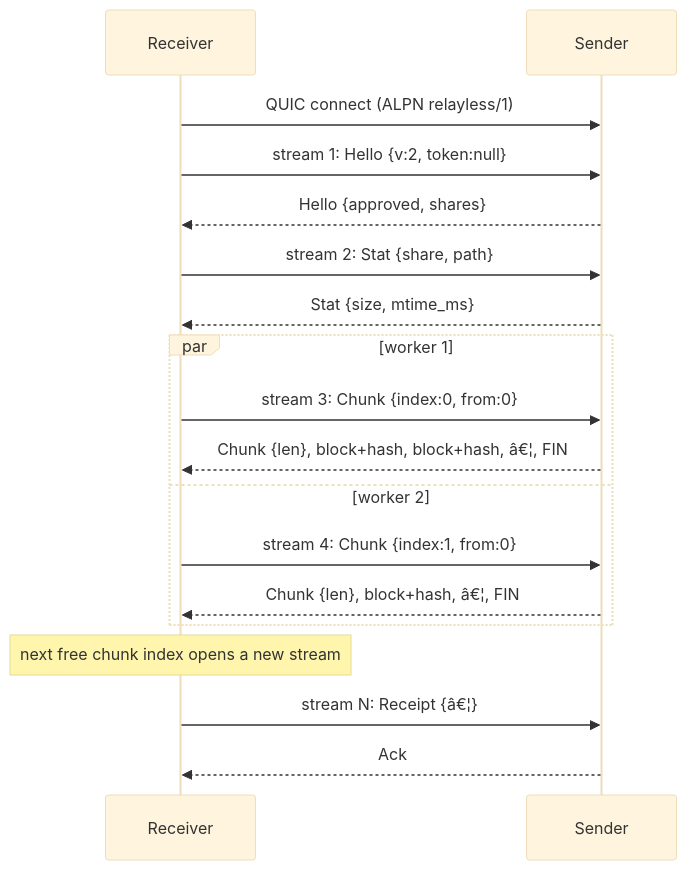
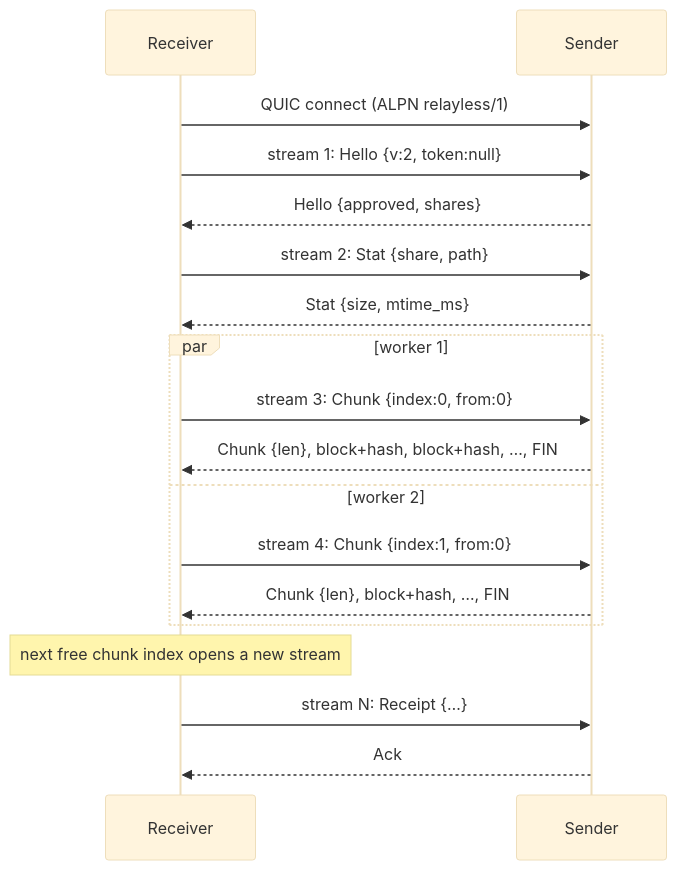
The diagram in docs/TRANSFER_PROTOCOL.md (MisbahKhan0009/Relayless), drawn with Mermaid (base theme) before and after one commit. The commit also changed other lines of this file and 16 other files, not shown here.

````diff
--- a/docs/TRANSFER_PROTOCOL.md
+++ b/docs/TRANSFER_PROTOCOL.md
@@ -136,20 +136,20 @@
 ```mermaid
 sequenceDiagram
     participant R as Receiver
     participant S as Sender
     R->>S: QUIC connect (ALPN relayless/1)
     R->>S: stream 1: Hello {v:2, token:null}
     S-->>R: Hello {approved, shares}
     R->>S: stream 2: Stat {share, path}
     S-->>R: Stat {size, mtime_ms}
     par worker 1
         R->>S: stream 3: Chunk {index:0, from:0}
-        S-->>R: Chunk {len}, block+hash, block+hash, â€¦, FIN
+        S-->>R: Chunk {len}, block+hash, block+hash, …, FIN
     and worker 2
         R->>S: stream 4: Chunk {index:1, from:0}
-        S-->>R: Chunk {len}, block+hash, â€¦, FIN
+        S-->>R: Chunk {len}, block+hash, …, FIN
     end
     Note over R: next free chunk index opens a new stream
-    R->>S: stream N: Receipt {â€¦}
+    R->>S: stream N: Receipt {…}
     S-->>R: Ack
 ```
````
